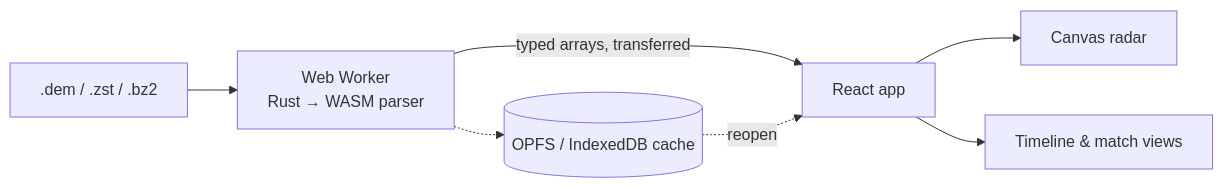
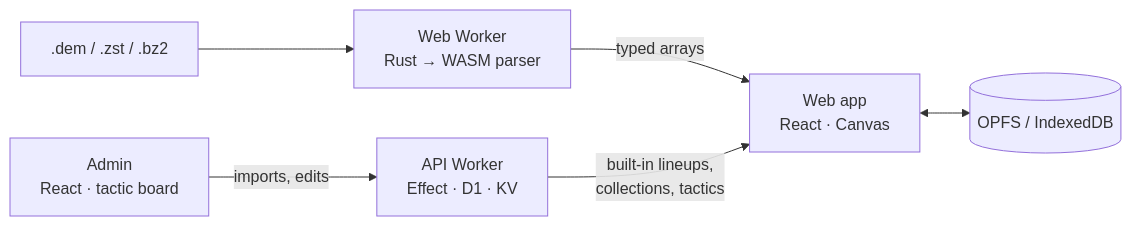
The diagram in README.md (oleksii-latyshev/disalytics), drawn with Mermaid before and after one commit. The commit also changed other lines of this file and 11 other files, not shown here.

First line of the commit message:
docs: a short README with the main screens and a component diagram, and an Open Graph image (#643)

````diff
--- a/README.md
+++ b/README.md
@@ -31,9 +26,8 @@
 ```mermaid
 flowchart LR
-  file[".dem / .zst / .bz2"] --> worker["Web Worker<br/>Rust → WASM parser"]
-  worker -->|typed arrays, transferred| app["React app"]
-  worker -.-> cache[("OPFS / IndexedDB cache")]
-  cache -.->|reopen| app
-  app --> radar["Canvas radar"]
-  app --> timeline["Timeline & match views"]
+  dem[".dem / .zst / .bz2"] --> worker["Web Worker<br/>Rust → WASM parser"]
+  worker -->|typed arrays| web["Web app<br/>React · Canvas"]
+  web <--> cache[("OPFS / IndexedDB")]
+  api["API Worker<br/>Effect · D1 · KV"] -->|built-in lineups,<br/>collections, tactics| web
+  admin["Admin<br/>React · tactic board"] -->|imports, edits| api
 ```
````
